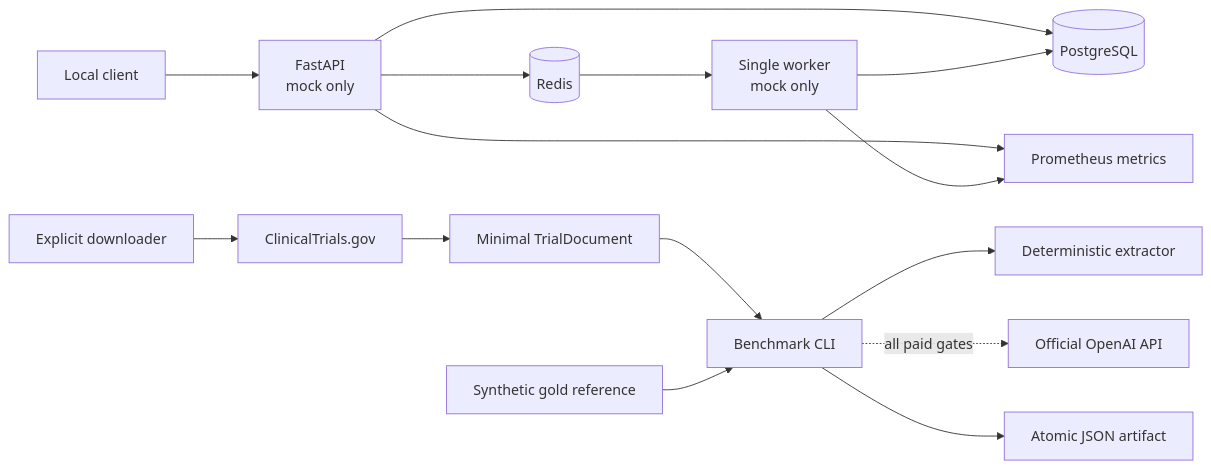
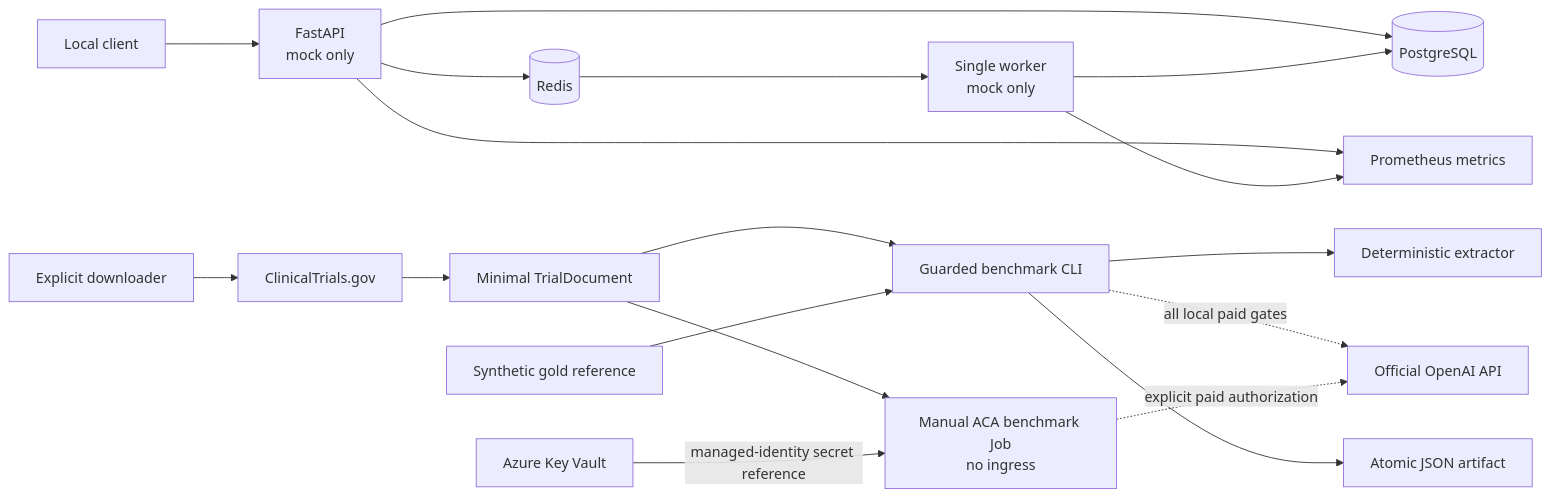
The first of 2 diagrams in docs/architecture.md (NevoLevi/CriteriaBench), drawn with Mermaid before and after one commit. The commit also changed other lines of this file and 5 other files, not shown here.

````diff
--- a/docs/architecture.md
+++ b/docs/architecture.md
@@ -7,18 +7,22 @@
 ```mermaid
 flowchart LR
     Client["Local client"] --> API["FastAPI<br/>mock only"]
     API --> DB[("PostgreSQL")]
     API --> Q[("Redis")]
     Q --> Worker["Single worker<br/>mock only"]
     Worker --> DB
     API --> Metrics["Prometheus metrics"]
     Worker --> Metrics
 
     Download["Explicit downloader"] --> CTG["ClinicalTrials.gov"]
     CTG --> Fixture["Minimal TrialDocument"]
-    Fixture --> CLI["Benchmark CLI"]
+    Fixture --> CLI["Guarded benchmark CLI"]
     Gold["Synthetic gold reference"] --> CLI
     CLI --> Mock["Deterministic extractor"]
-    CLI -. "all paid gates" .-> OpenAI["Official OpenAI API"]
+    CLI -. "all local paid gates" .-> OpenAI["Official OpenAI API"]
     CLI --> Artifact["Atomic JSON artifact"]
+
+    Fixture --> ACA["Manual ACA benchmark Job<br/>no ingress"]
+    KeyVault["Azure Key Vault"] -->|"managed-identity secret reference"| ACA
+    ACA -. "explicit paid authorization" .-> OpenAI
 ```
````
